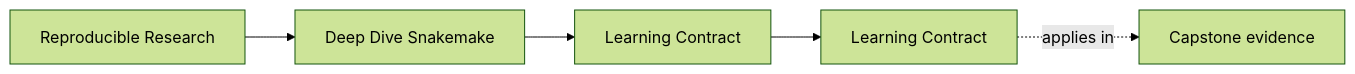
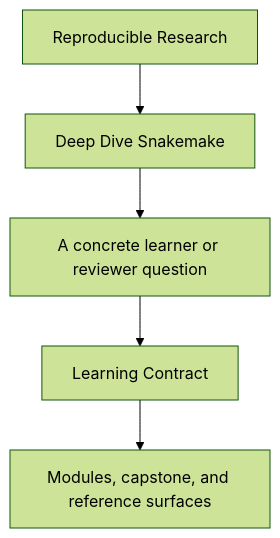
Before and after one commit to bijux/bijux-masterclass: the first of 2 diagrams in programs/reproducible-research/deep-dive-snakemake/course-book/guides/learning-contract.md, drawn with Mermaid (forest theme). The commit also changed other lines of this file and 29 other files, not shown here.

Commit message:
docs(deep-dive-snakemake): sharpen guide and reference diagrams

````diff
--- a/programs/reproducible-research/deep-dive-snakemake/course-book/guides/learning-contract.md
+++ b/programs/reproducible-research/deep-dive-snakemake/course-book/guides/learning-contract.md
@@ -9,11 +9,7 @@
 ```mermaid
-graph LR
-  family["Reproducible Research"]
-  program["Deep Dive Snakemake"]
-  section["Learning Contract"]
-  page["Learning Contract"]
-  capstone["Capstone evidence"]
-
-  family --> program --> section --> page
-  page -.applies in.-> capstone
+flowchart TD
+  family["Reproducible Research"] --> program["Deep Dive Snakemake"]
+  program --> pressure["A concrete learner or reviewer question"]
+  pressure --> guide["Learning Contract"]
+  guide --> next["Modules, capstone, and reference surfaces"]
 ```
````
